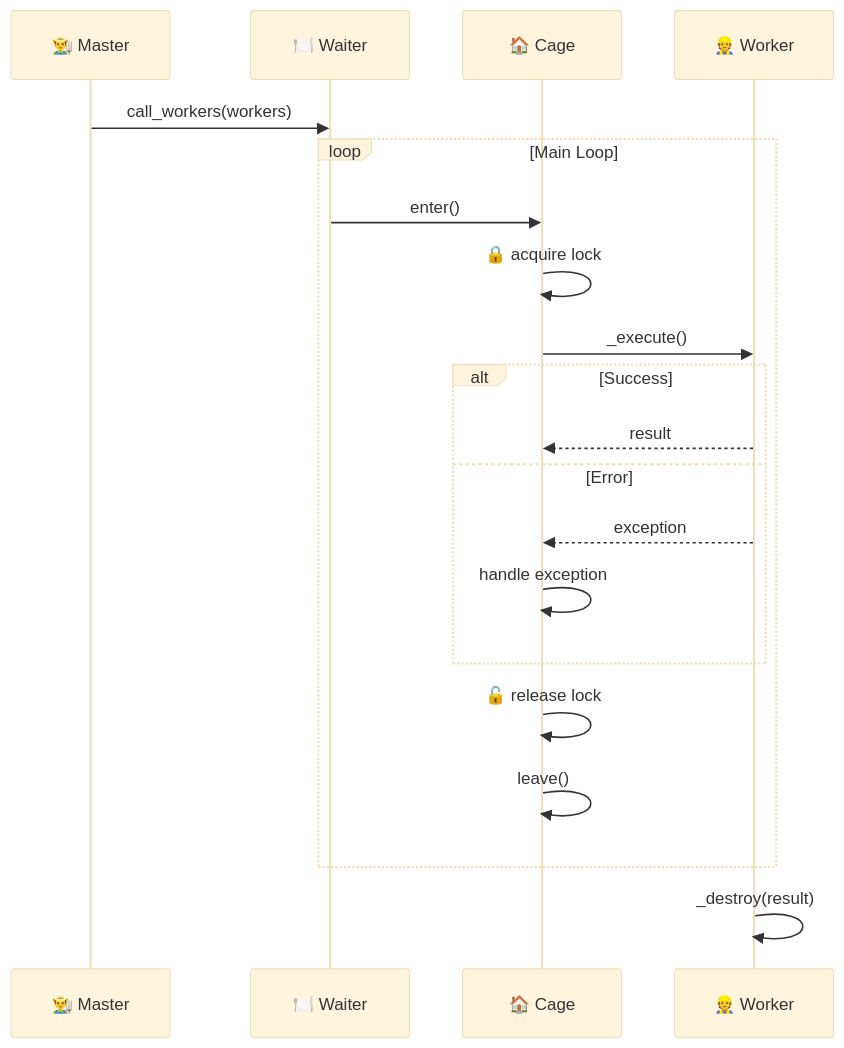
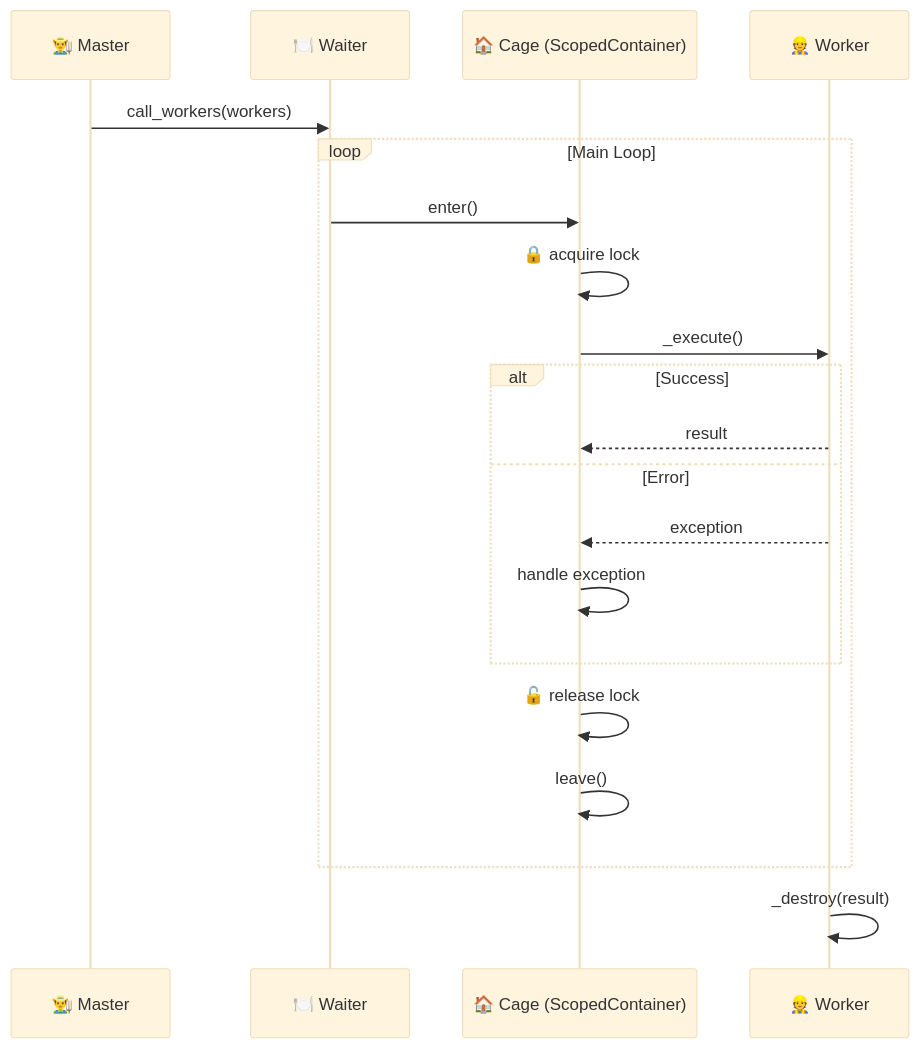
Before and after one commit to YearsAlso/zoo-framework: the tenth of 11 diagrams in docs/ARCHITECTURE.md, drawn with Mermaid (base theme). The commit also changed other lines of this file and 7 other files, not shown here.

````diff
--- a/docs/ARCHITECTURE.md
+++ b/docs/ARCHITECTURE.md
@@ -370,27 +398,27 @@
 ```mermaid
 sequenceDiagram
     participant M as 👨‍🌾 Master
     participant W as 🍽️ Waiter
-    participant C as 🏠 Cage
+    participant C as 🏠 Cage (ScopedContainer)
     participant Wr as 👷 Worker
-    
+
     M->>W: call_workers(workers)
-    
+
     loop Main Loop
         W->>C: enter()
         C->>C: 🔒 acquire lock
         C->>Wr: _execute()
-        
+
         alt Success
             Wr-->>C: result
         else Error
             Wr-->>C: exception
             C->>C: handle exception
         end
-        
+
         C->>C: 🔓 release lock
         C->>C: leave()
     end
-    
+
     Wr->>Wr: _destroy(result)
 ```
````
